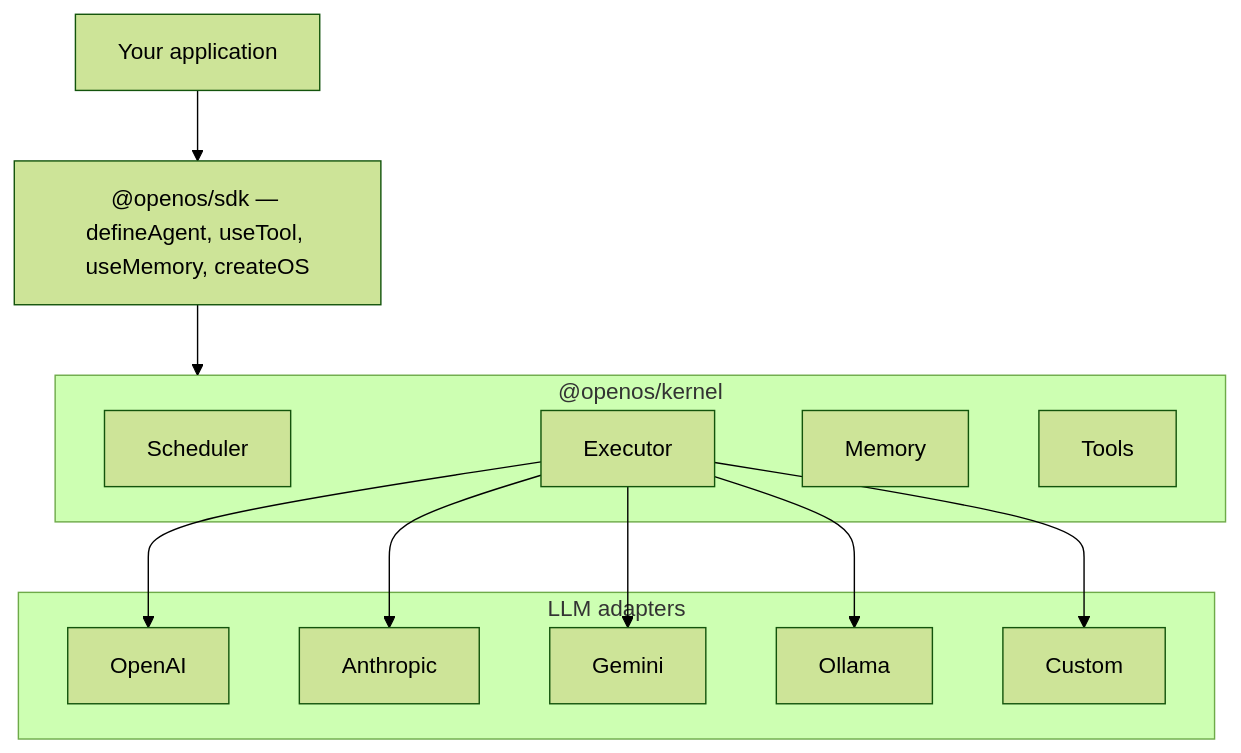
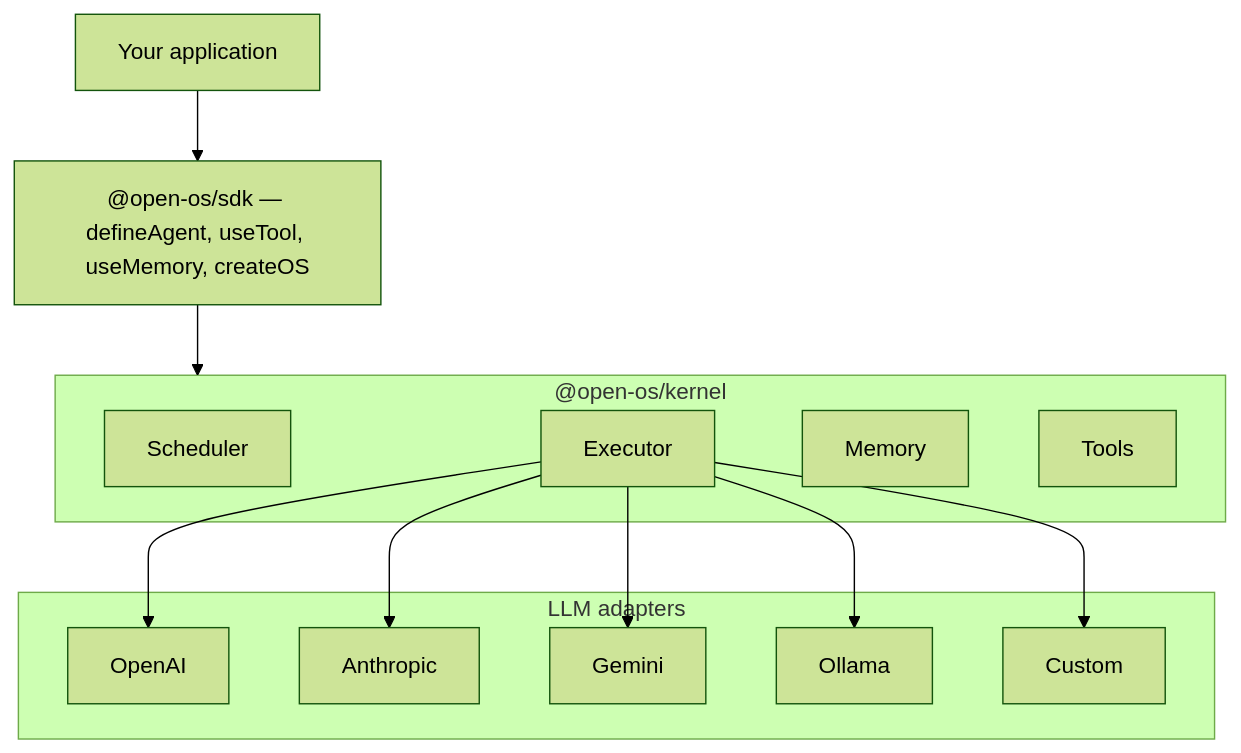
The diagram in README.md (deepraj21/OpenOS), drawn with Mermaid (forest theme) before and after one commit. The commit also changed other lines of this file and 55 other files, not shown here.

````diff
--- a/README.md
+++ b/README.md
@@ -138,26 +138,26 @@
 ```mermaid
 flowchart TB
   app[Your application]
-  sdk["@openos/sdk — defineAgent, useTool, useMemory, createOS"]
-  subgraph kernelLayer ["@openos/kernel"]
+  sdk["@open-os/sdk — defineAgent, useTool, useMemory, createOS"]
+  subgraph kernelLayer ["@open-os/kernel"]
     scheduler[Scheduler]
     executor[Executor]
     memory[Memory]
     toolRegistry[Tools]
   end
   subgraph adapterLayer [LLM adapters]
     openaiAdapter[OpenAI]
     anthropicAdapter[Anthropic]
     geminiAdapter[Gemini]
     ollamaAdapter[Ollama]
     customAdapter[Custom]
   end
 
   app --> sdk
   sdk --> kernelLayer
   executor --> openaiAdapter
   executor --> anthropicAdapter
   executor --> geminiAdapter
   executor --> ollamaAdapter
   executor --> customAdapter
 ```
````
